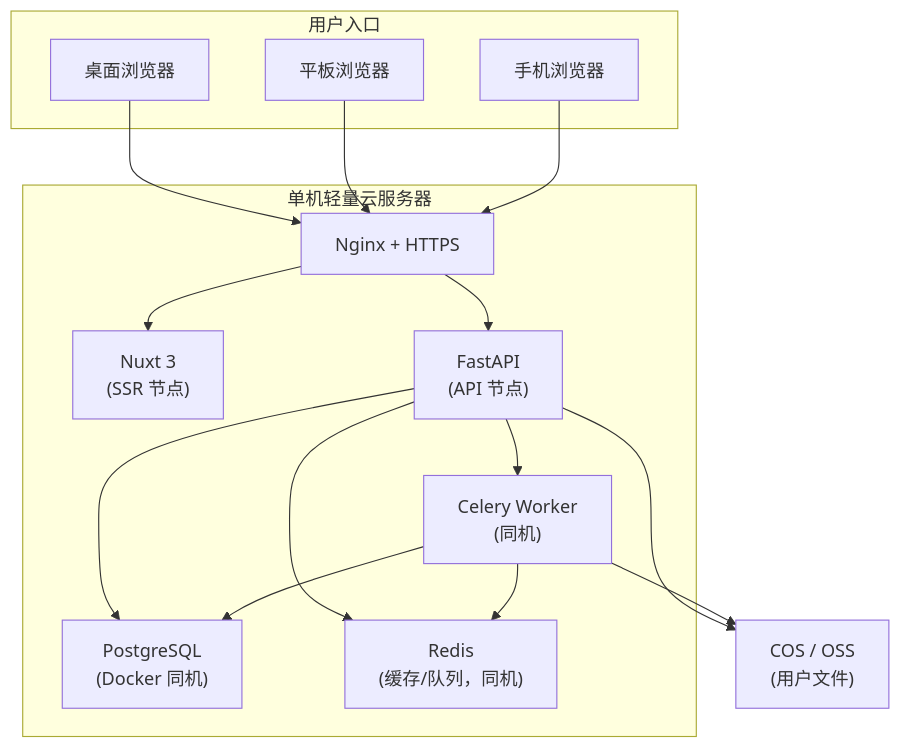
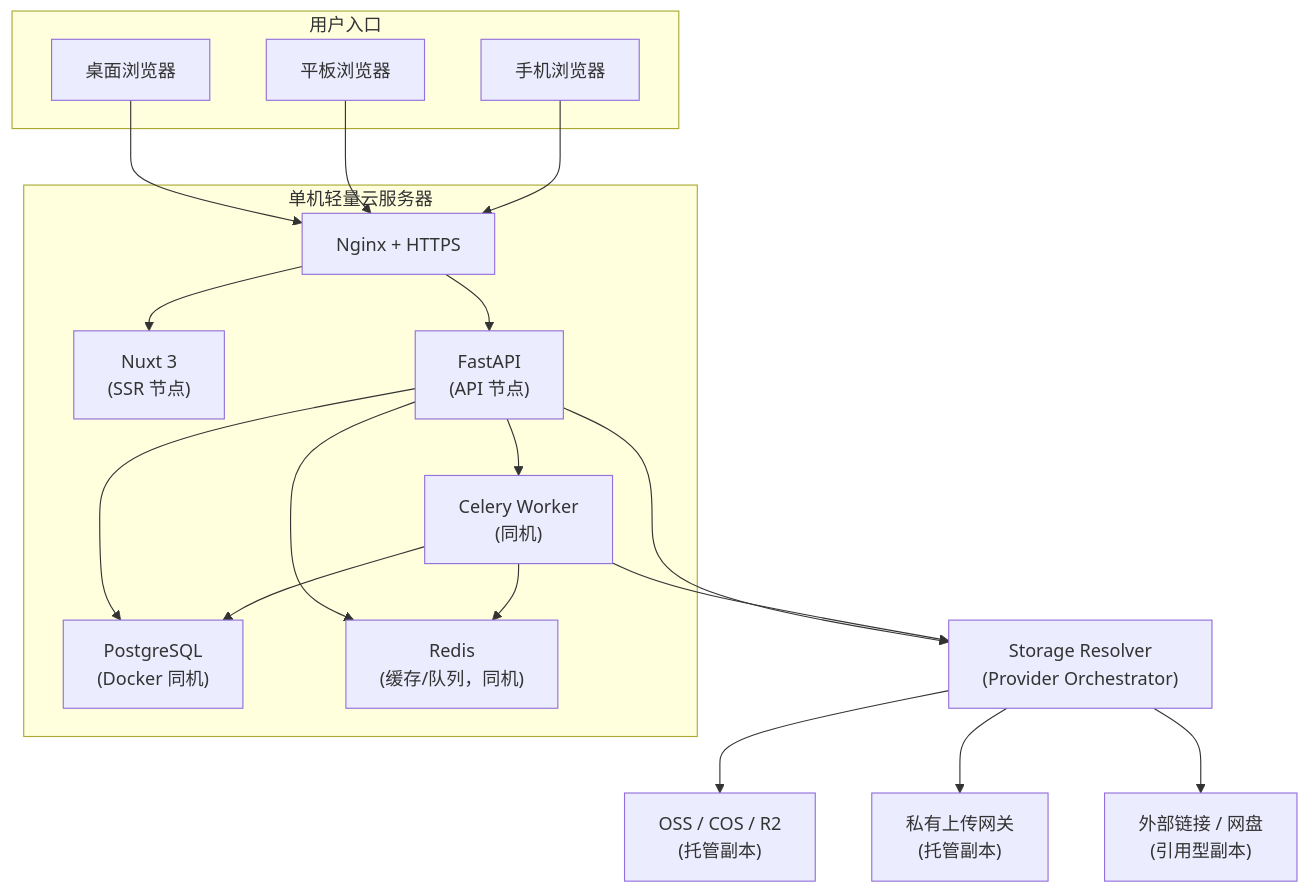
Before and after one commit to SCUStack/scustack: the first of 11 diagrams in docs/ARCHITECTURE-技术架构.md, drawn with Mermaid. The commit also changed other lines of this file and 8 other files, not shown here.

````diff
--- a/docs/ARCHITECTURE-技术架构.md
+++ b/docs/ARCHITECTURE-技术架构.md
@@ -60,31 +60,34 @@
 ```mermaid
 graph TB
     subgraph Users["用户入口"]
         Desktop["桌面浏览器"]
         Tablet["平板浏览器"]
         Mobile["手机浏览器"]
     end
 
     Desktop --> Nginx["Nginx + HTTPS"]
     Tablet --> Nginx
     Mobile --> Nginx
 
     Nginx --> Nuxt["Nuxt 3<br/>(SSR 节点)"]
     Nginx --> FastAPI["FastAPI<br/>(API 节点)"]
     FastAPI --> PostgreSQL["PostgreSQL<br/>(Docker 同机)"]
     FastAPI --> Redis["Redis<br/>(缓存/队列，同机)"]
-    FastAPI --> COS["COS / OSS<br/>(用户文件)"]
+    FastAPI --> Storage["Storage Resolver<br/>(Provider Orchestrator)"]
+    Storage --> COS["OSS / COS / R2<br/>(托管副本)"]
+    Storage --> Gateway["私有上传网关<br/>(托管副本)"]
+    Storage --> External["外部链接 / 网盘<br/>(引用型副本)"]
     FastAPI --> Celery["Celery Worker<br/>(同机)"]
     Celery --> PostgreSQL
     Celery --> Redis
-    Celery --> COS
+    Celery --> Storage
 
     subgraph SingleHost["单机轻量云服务器"]
         Nginx
         Nuxt
         FastAPI
         PostgreSQL
         Redis
         Celery
     end
 ```
````
